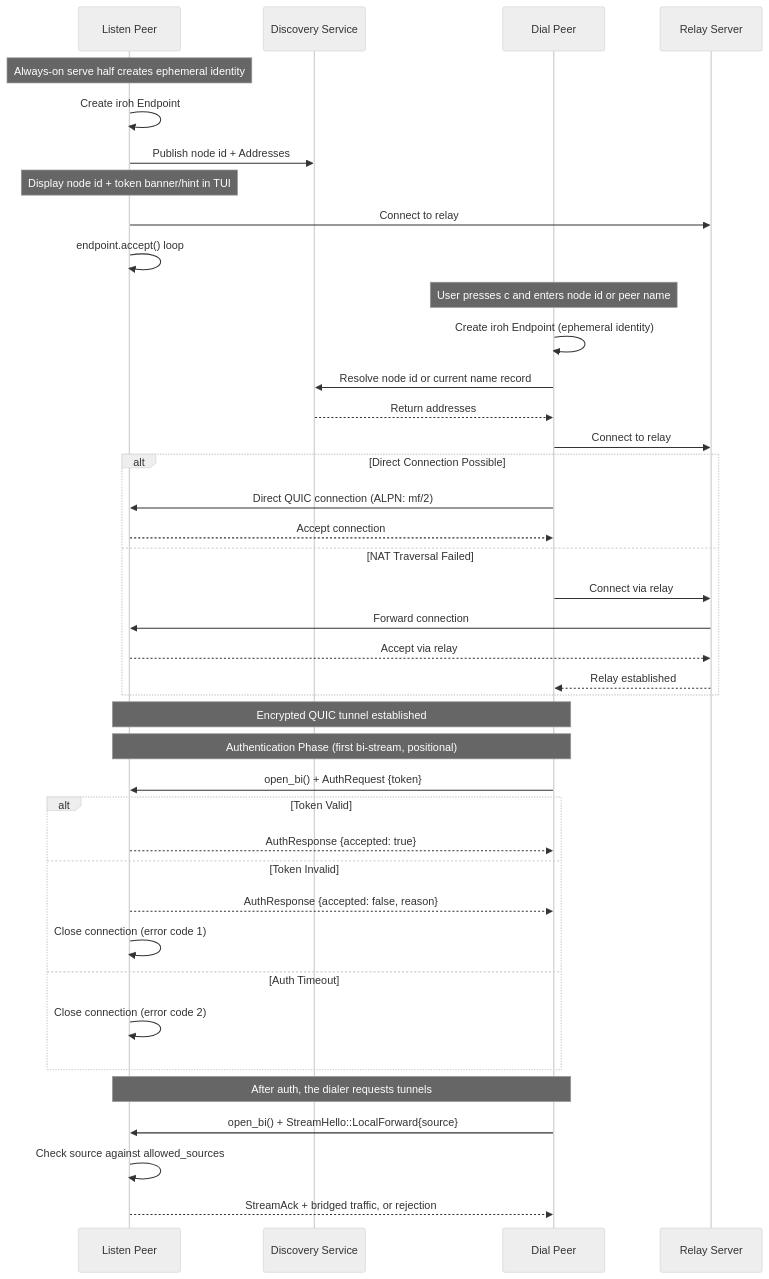
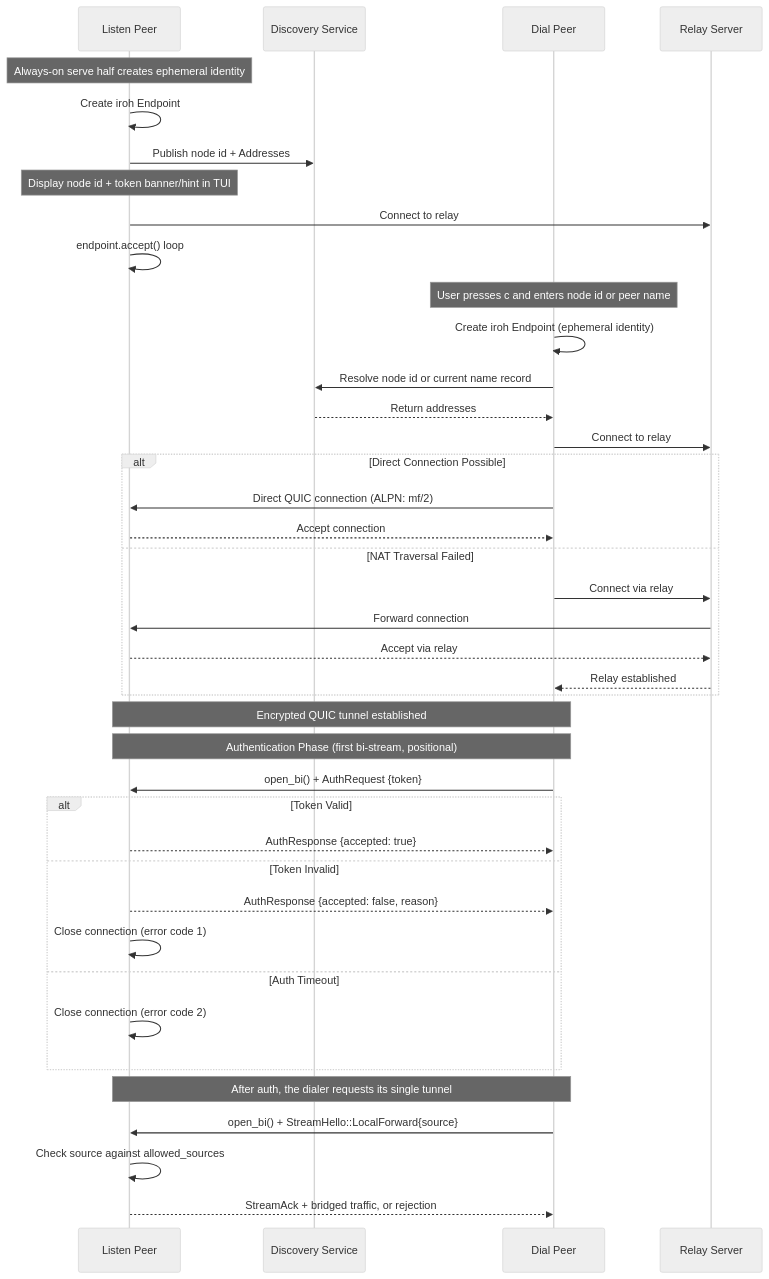
The sixth of 21 diagrams in docs/ARCHITECTURE.md (andrewtheguy/duopipe), drawn with Mermaid (neutral theme) before and after one commit. The commit also changed other lines of this file and 17 other files, not shown here.

````diff
--- a/docs/ARCHITECTURE.md
+++ b/docs/ARCHITECTURE.md
@@ -205,48 +205,48 @@
 ```mermaid
 sequenceDiagram
     participant L as Listen Peer
     participant SD as Discovery Service
     participant D as Dial Peer
     participant RS as Relay Server
 
     Note over L: Always-on serve half creates ephemeral identity
     L->>L: Create iroh Endpoint
     L->>SD: Publish node id + Addresses
     Note over L: Display node id + token banner/hint in TUI
     L->>RS: Connect to relay
     L->>L: endpoint.accept() loop
 
     Note over D: User presses c and enters node id or peer name
     D->>D: Create iroh Endpoint (ephemeral identity)
     D->>SD: Resolve node id or current name record
     SD-->>D: Return addresses
     D->>RS: Connect to relay
 
     alt Direct Connection Possible
         D->>L: Direct QUIC connection (ALPN: mf/2)
         L-->>D: Accept connection
     else NAT Traversal Failed
         D->>RS: Connect via relay
         RS->>L: Forward connection
         L-->>RS: Accept via relay
         RS-->>D: Relay established
     end
 
     Note over L,D: Encrypted QUIC tunnel established
 
     Note over D,L: Authentication Phase (first bi-stream, positional)
     D->>L: open_bi() + AuthRequest {token}
     alt Token Valid
         L-->>D: AuthResponse {accepted: true}
     else Token Invalid
         L-->>D: AuthResponse {accepted: false, reason}
         L->>L: Close connection (error code 1)
     else Auth Timeout
         L->>L: Close connection (error code 2)
     end
 
-    Note over D,L: After auth, the dialer requests tunnels
+    Note over D,L: After auth, the dialer requests its single tunnel
     D->>L: open_bi() + StreamHello::LocalForward{source}
     L->>L: Check source against allowed_sources
     L-->>D: StreamAck + bridged traffic, or rejection
 ```
````
